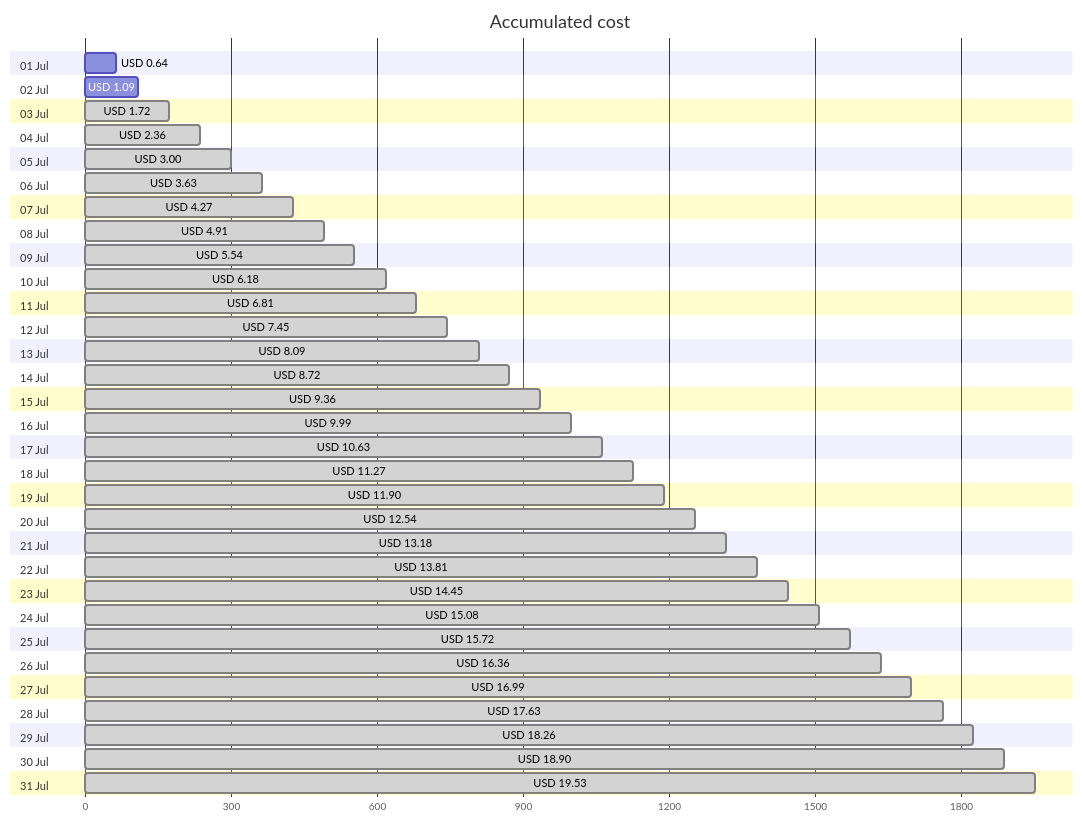
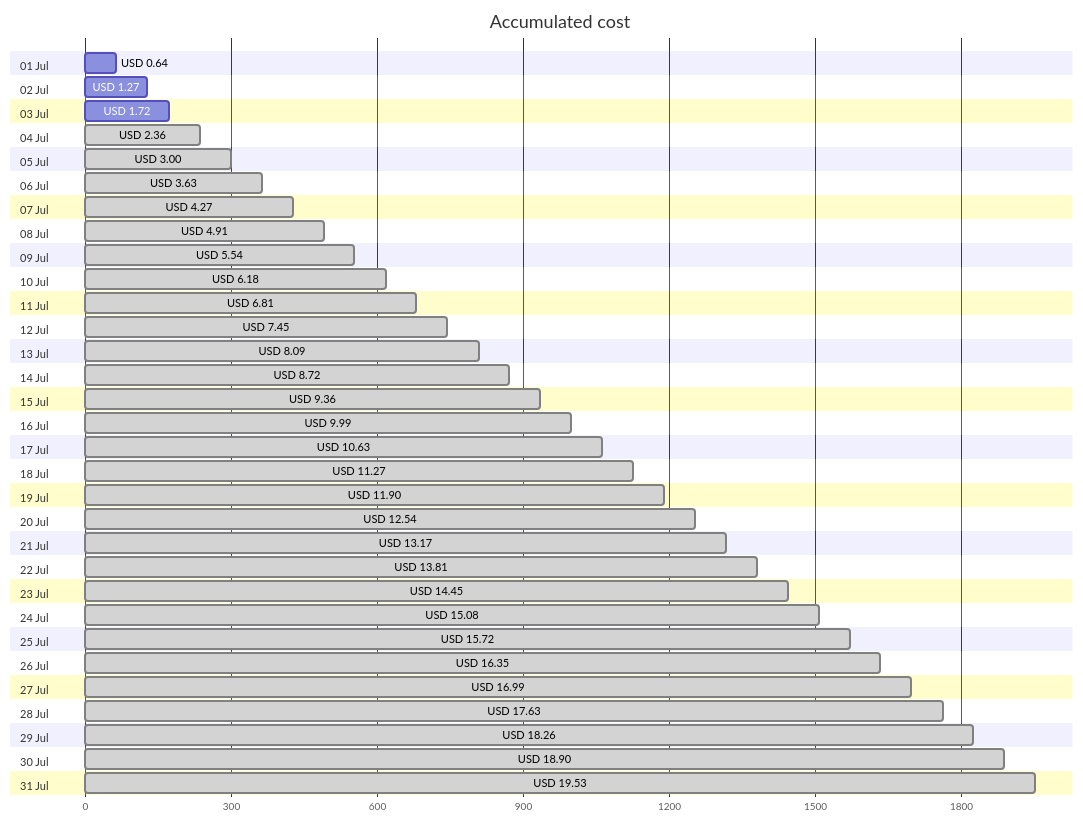
One commit to jpfulton/azure-personal-reports changed the first of 4 diagrams in cost-reports/accumulated-cost.md. Above: the diagram before and after it, drawn with Mermaid. The commit also changed other lines of this file and 4 other files, not shown here.

````diff
--- a/cost-reports/accumulated-cost.md
+++ b/cost-reports/accumulated-cost.md
@@ -20,68 +20,68 @@
 ```mermaid
 gantt
    title Accumulated cost
    dateFormat  X
    axisFormat %s
    section 01 Jul
    USD 0.64 :0, 64
    section 02 Jul
-   USD 1.09 :0, 109
+   USD 1.27 :0, 127
    section 03 Jul
-   USD 1.72 : done, 0, 172
+   USD 1.72 :0, 172
    section 04 Jul
    USD 2.36 : done, 0, 236
    section 05 Jul
    USD 3.00 : done, 0, 300
    section 06 Jul
    USD 3.63 : done, 0, 363
    section 07 Jul
    USD 4.27 : done, 0, 427
    section 08 Jul
    USD 4.91 : done, 0, 491
    section 09 Jul
    USD 5.54 : done, 0, 554
    section 10 Jul
    USD 6.18 : done, 0, 618
    section 11 Jul
    USD 6.81 : done, 0, 681
    section 12 Jul
    USD 7.45 : done, 0, 745
    section 13 Jul
    USD 8.09 : done, 0, 809
    section 14 Jul
    USD 8.72 : done, 0, 872
    section 15 Jul
    USD 9.36 : done, 0, 936
    section 16 Jul
    USD 9.99 : done, 0, 999
    section 17 Jul
    USD 10.63 : done, 0, 1063
    section 18 Jul
    USD 11.27 : done, 0, 1127
    section 19 Jul
    USD 11.90 : done, 0, 1190
    section 20 Jul
    USD 12.54 : done, 0, 1254
    section 21 Jul
-   USD 13.18 : done, 0, 1318
+   USD 13.17 : done, 0, 1317
    section 22 Jul
    USD 13.81 : done, 0, 1381
    section 23 Jul
    USD 14.45 : done, 0, 1445
    section 24 Jul
    USD 15.08 : done, 0, 1508
    section 25 Jul
    USD 15.72 : done, 0, 1572
    section 26 Jul
-   USD 16.36 : done, 0, 1636
+   USD 16.35 : done, 0, 1635
    section 27 Jul
    USD 16.99 : done, 0, 1699
    section 28 Jul
    USD 17.63 : done, 0, 1763
    section 29 Jul
    USD 18.26 : done, 0, 1826
    section 30 Jul
    USD 18.90 : done, 0, 1890
    section 31 Jul
    USD 19.53 : done, 0, 1953
 ```
````
